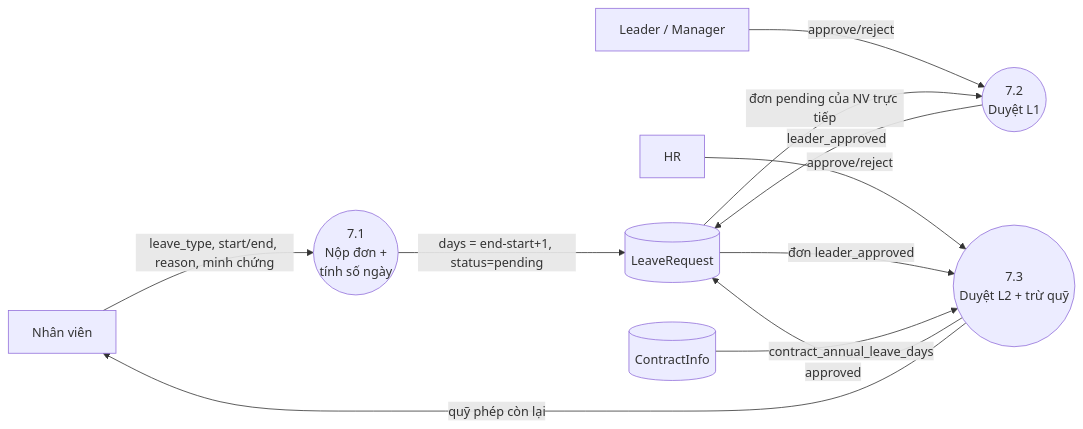
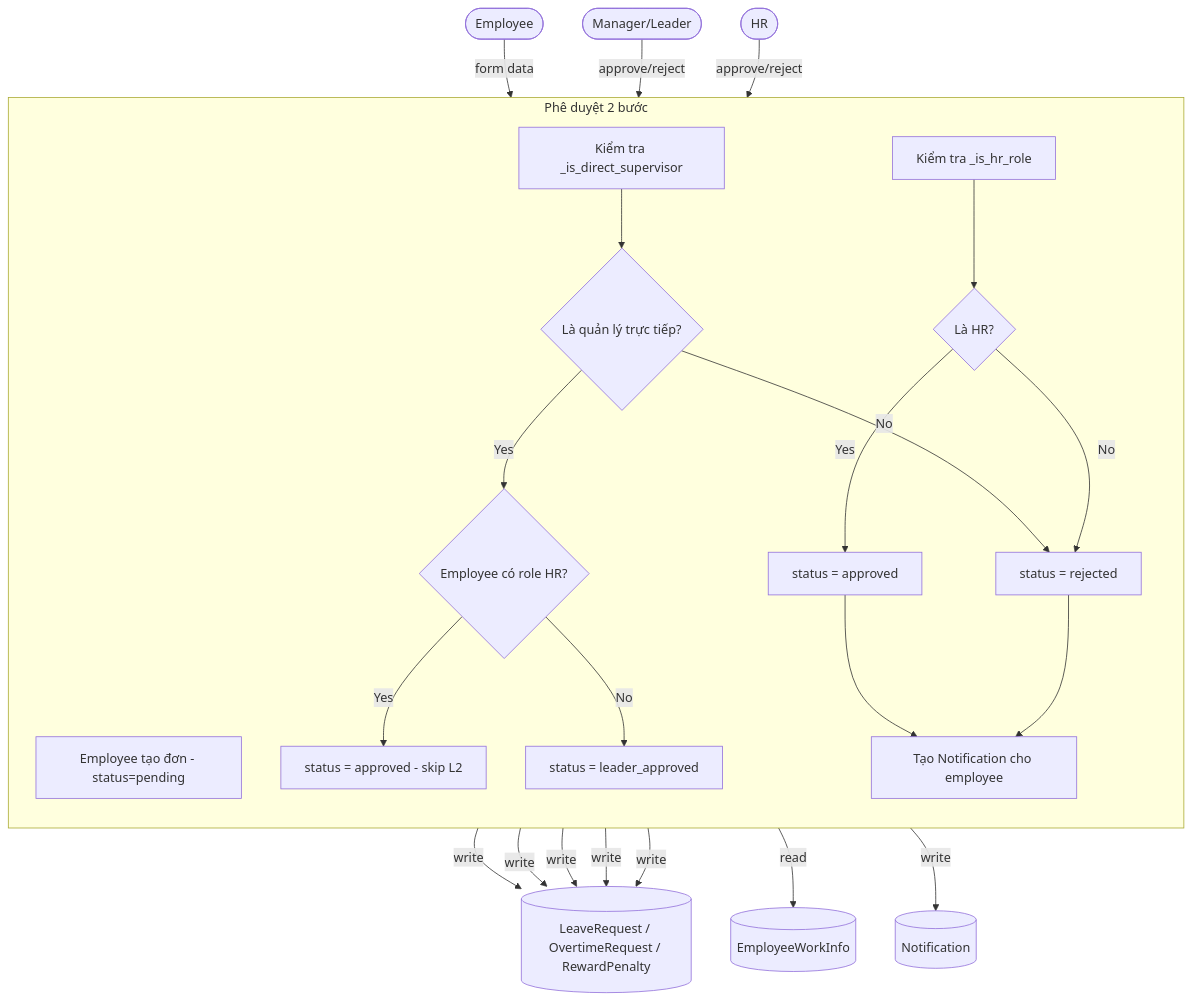
One commit to hohoangluan/Business_web_project changed the fifth of 6 diagrams in data_flow_diagram.md. Above: the diagram before and after it, drawn with Mermaid. The commit also changed other lines of this file and 488 other files, not shown here.

Commit message:
Chỉnh lại testcase và kiểm thử testcase mới, diagram, chỉnh code dựa trên diagram dúng

````diff
--- a/data_flow_diagram.md
+++ b/data_flow_diagram.md
@@ -323,22 +363,50 @@
 ```mermaid
-flowchart LR
-    U[Nhân viên]
-    LM[Leader / Manager]
-    HR[HR]
-    P71((7.1<br/>Nộp đơn +<br/>tính số ngày))
-    P72((7.2<br/>Duyệt L1))
-    P73((7.3<br/>Duyệt L2 + trừ quỹ))
-    DSL[(LeaveRequest)]
-    DSC[(ContractInfo)]
-
-    U -->|leave_type, start/end, reason, minh chứng| P71
-    P71 -->|days = end-start+1, status=pending| DSL
-    LM -->|approve/reject| P72
-    DSL -->|đơn pending của NV trực tiếp| P72
-    P72 -->|leader_approved| DSL
-    HR -->|approve/reject| P73
-    DSL -->|đơn leader_approved| P73
-    DSC -->|contract_annual_leave_days| P73
-    P73 -->|approved| DSL
-    P73 -->|quỹ phép còn lại| U
+flowchart TB
+    EMP([Employee])
+    ML([Manager/Leader])
+    HR([HR])
+    
+    subgraph "Phê duyệt 2 bước"
+        direction TB
+        
+        S1[Employee tạo đơn - status=pending]
+        S2[Kiểm tra _is_direct_supervisor]
+        S3{Là quản lý trực tiếp?}
+        S4{Employee có role HR?}
+        S5["status = leader_approved"]
+        S6["status = approved - skip L2"]
+        S7[Kiểm tra _is_hr_role]
+        S8{Là HR?}
+        S9["status = approved"]
+        S10["Tạo Notification cho employee"]
+        S11["status = rejected"]
+    end
+    
+    D_REQ[(LeaveRequest / OvertimeRequest / RewardPenalty)]
+    D_WI[(EmployeeWorkInfo)]
+    D_N[(Notification)]
+    
+    EMP -->|form data| S1
+    S1 -->|write| D_REQ
+    
+    ML -->|approve/reject| S2
+    S2 -->|read| D_WI
+    S2 --> S3
+    S3 -->|No| S11
+    S3 -->|Yes| S4
+    S4 -->|Yes| S6
+    S6 -->|write| D_REQ
+    S4 -->|No| S5
+    S5 -->|write| D_REQ
+    
+    HR -->|approve/reject| S7
+    S7 --> S8
+    S8 -->|No| S11
+    S8 -->|Yes| S9
+    S9 -->|write| D_REQ
+    S9 --> S10
+    S10 -->|write| D_N
+    
+    S11 -->|write| D_REQ
+    S11 --> S10
 ```
````
